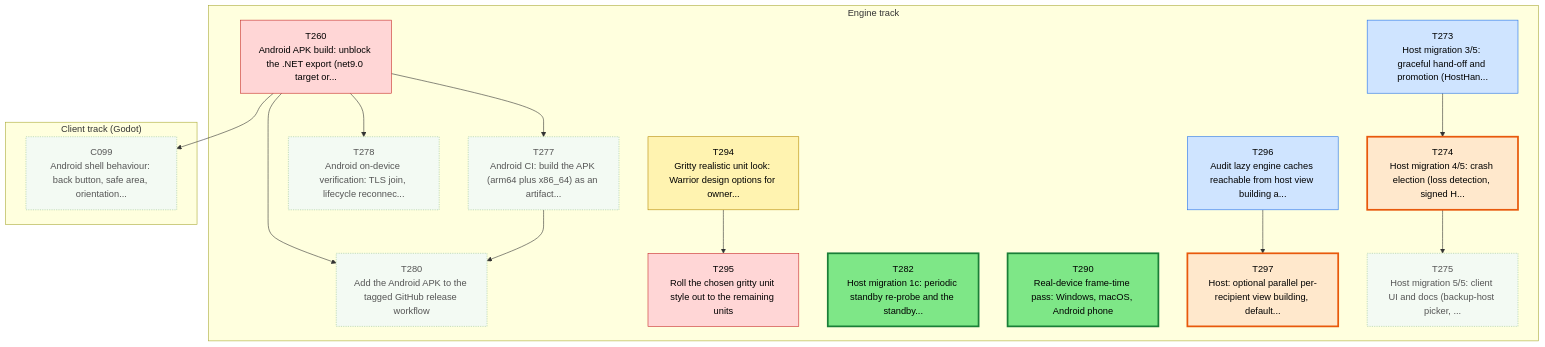
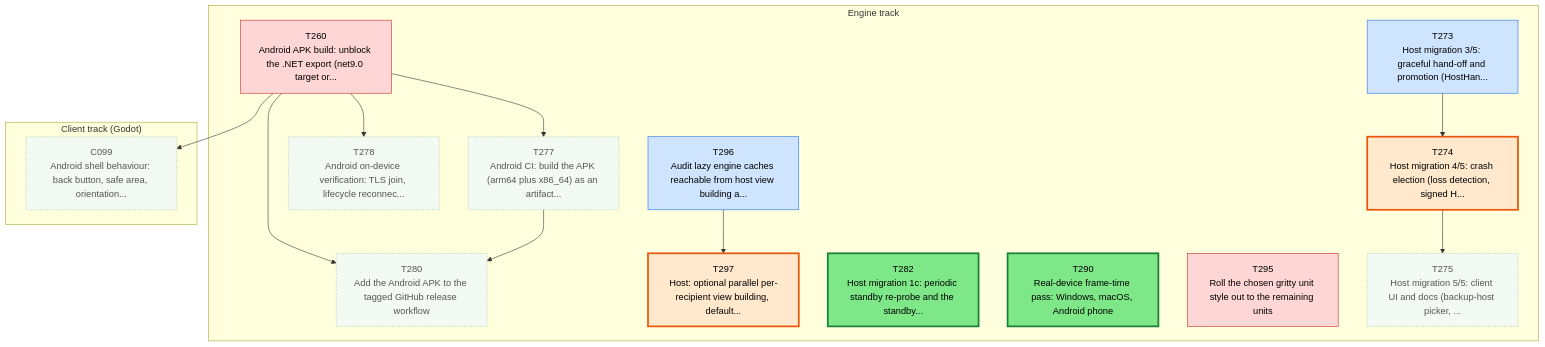
The first of 3 diagrams in csharp/migration/DEPENDENCY_MAP.md (Kenmura/Unciv), drawn with Mermaid before and after one commit. The commit also changed other lines of this file and 1 other file, not shown here.

````diff
--- a/csharp/migration/DEPENDENCY_MAP.md
+++ b/csharp/migration/DEPENDENCY_MAP.md
@@ -35,51 +35,48 @@
 ```mermaid
 flowchart TD
   subgraph TTRACK["Engine track"]
     T260["T260<br/>Android APK build: unblock the .NET export (net9.0 target or..."]
     T273["T273<br/>Host migration 3/5: graceful hand-off and promotion (HostHan..."]
     T274["T274<br/>Host migration 4/5: crash election (loss detection, signed H..."]
     T275["T275<br/>Host migration 5/5: client UI and docs (backup-host picker, ..."]
     T277["T277<br/>Android CI: build the APK (arm64 plus x86_64) as an artifact..."]
     T278["T278<br/>Android on-device verification: TLS join, lifecycle reconnec..."]
     T280["T280<br/>Add the Android APK to the tagged GitHub release workflow"]
     T282["T282<br/>Host migration 1c: periodic standby re-probe and the standby..."]
     T290["T290<br/>Real-device frame-time pass: Windows, macOS, Android phone"]
-    T294["T294<br/>Gritty realistic unit look: Warrior design options for owner..."]
     T295["T295<br/>Roll the chosen gritty unit style out to the remaining units"]
     T296["T296<br/>Audit lazy engine caches reachable from host view building a..."]
     T297["T297<br/>Host: optional parallel per-recipient view building, default..."]
   end
   subgraph CTRACK["Client track (Godot)"]
     C099["C099<br/>Android shell behaviour: back button, safe area, orientation..."]
   end
   T273 --> T274
   T274 --> T275
   T260 --> T277
   T260 --> T278
   T260 --> T280
   T277 --> T280
-  T294 --> T295
   T296 --> T297
   T260 --> C099
   classDef waiting fill:#f3faf3,stroke:#9bc49b,color:#555,stroke-dasharray:2 2
   classDef ondeck fill:#ffe8cc,stroke:#e8590c,stroke-width:3px,color:#000
   classDef ready fill:#7ee787,stroke:#1a7f37,stroke-width:3px,color:#000
   classDef prog fill:#fff3b0,stroke:#b58900,color:#000
   classDef review fill:#cfe4ff,stroke:#1f6feb,color:#000
   classDef blocked fill:#ffd6d6,stroke:#c62828,color:#000
   classDef done fill:#eeeeee,stroke:#999999,color:#666,stroke-dasharray:4 3
   class C099 waiting
   class T260 blocked
   class T273 review
   class T274 ondeck
   class T275 waiting
   class T277 waiting
   class T278 waiting
   class T280 waiting
   class T282 ready
   class T290 ready
-  class T294 prog
   class T295 blocked
   class T296 review
   class T297 ondeck
 ```
````
